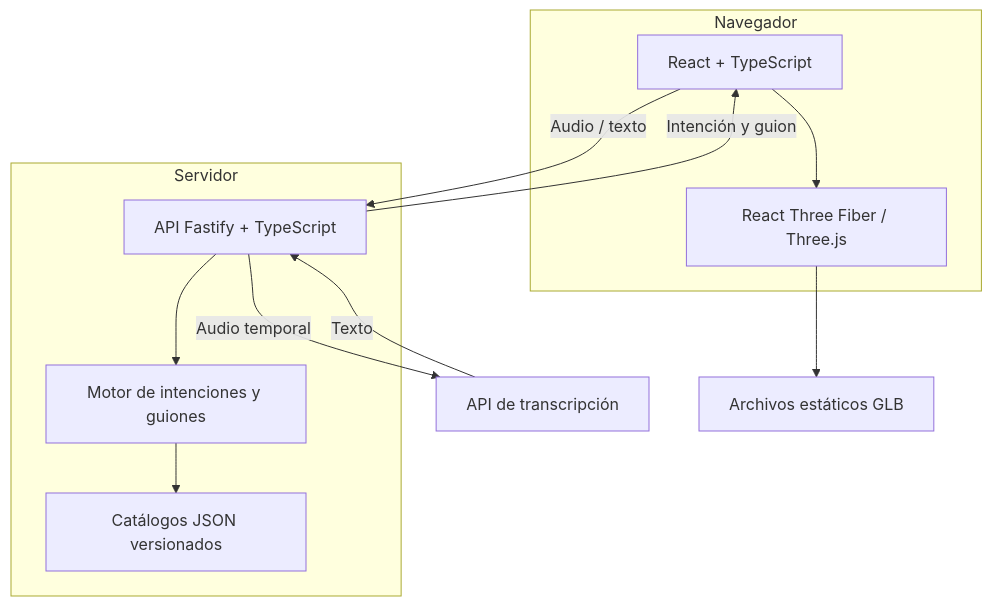
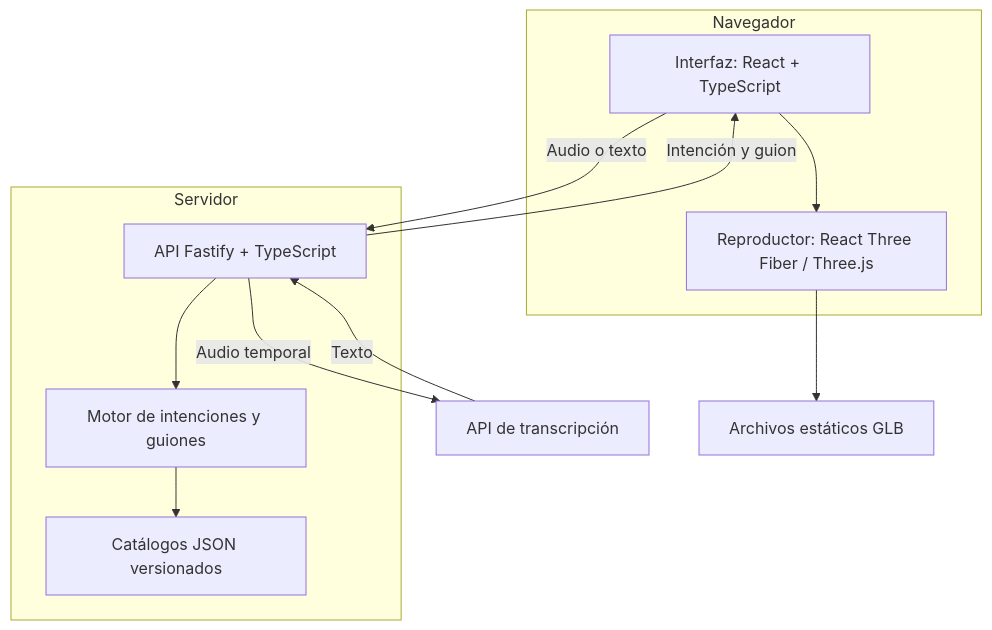
The second of 2 diagrams in docs/06-arquitectura/arquitectura-c4.md (JhonatanC4STRO/NexoLSC), drawn with Mermaid before and after one commit. The commit also changed other lines of this file and 41 other files, not shown here.

````diff
--- a/docs/06-arquitectura/arquitectura-c4.md
+++ b/docs/06-arquitectura/arquitectura-c4.md
@@ -25,25 +25,25 @@
 ```mermaid
 flowchart TB
     subgraph Navegador
-        UI[React + TypeScript]
-        Player[React Three Fiber / Three.js]
+        InterfazUsuario[Interfaz: React + TypeScript]
+        Reproductor[Reproductor: React Three Fiber / Three.js]
     end
 
     subgraph Servidor
         API[API Fastify + TypeScript]
-        Translator[Motor de intenciones y guiones]
-        Catalog[Catálogos JSON versionados]
+        MotorTraduccion[Motor de intenciones y guiones]
+        Catalogo[Catálogos JSON versionados]
     end
 
-    STT[API de transcripción]
-    Assets[Archivos estáticos GLB]
+    TranscripcionAutomatica[API de transcripción]
+    Recursos[Archivos estáticos GLB]
 
-    UI -->|Audio / texto| API
-    API -->|Audio temporal| STT
-    STT -->|Texto| API
-    API --> Translator
-    Translator --> Catalog
-    API -->|Intención y guion| UI
-    UI --> Player
-    Player --> Assets
+    InterfazUsuario -->|Audio o texto| API
+    API -->|Audio temporal| TranscripcionAutomatica
+    TranscripcionAutomatica -->|Texto| API
+    API --> MotorTraduccion
+    MotorTraduccion --> Catalogo
+    API -->|Intención y guion| InterfazUsuario
+    InterfazUsuario --> Reproductor
+    Reproductor --> Recursos
 ```
````
